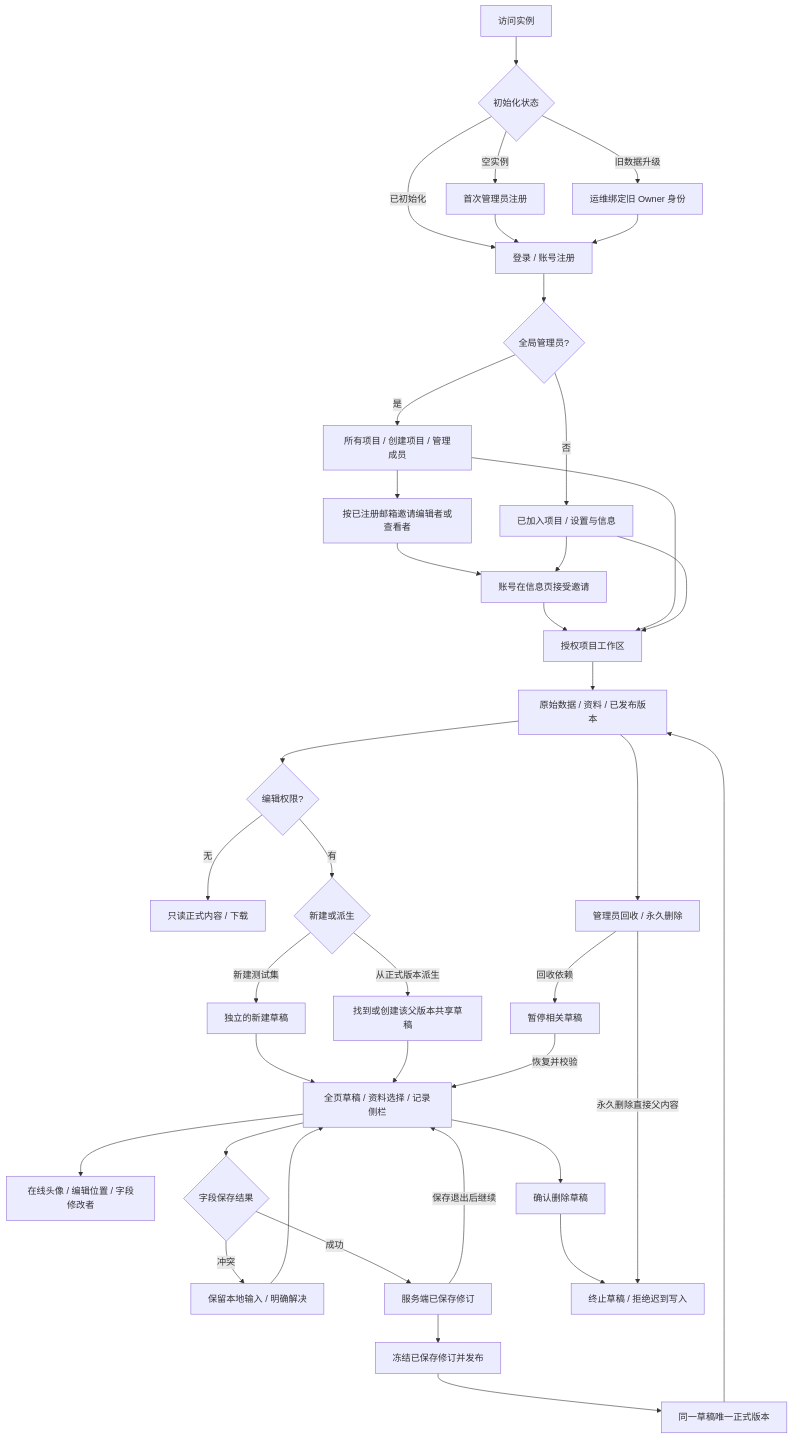
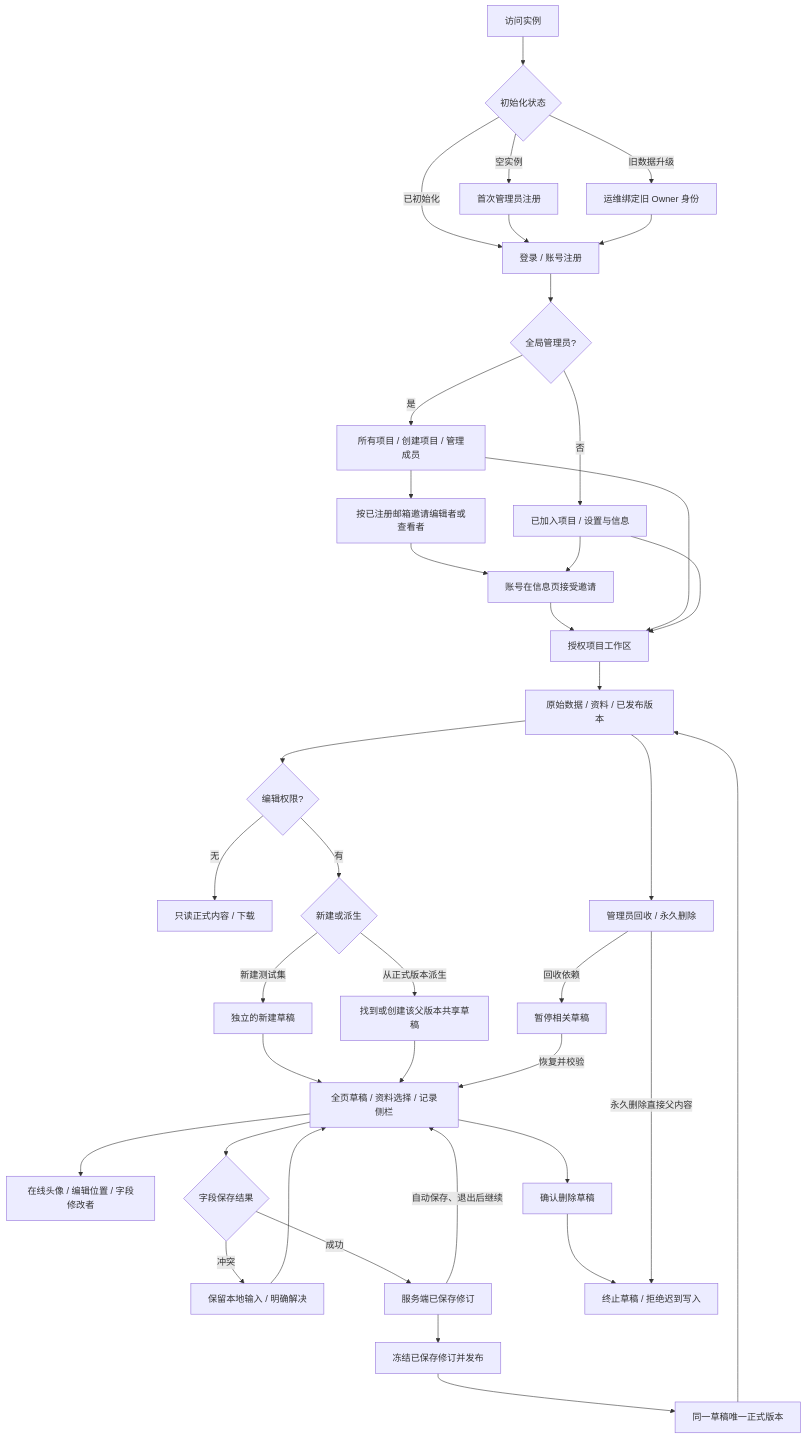
One commit to iflabx/evalbase changed the diagram in docs/system-flow-evalbase-v2.md. Above: the diagram before and after it, drawn with Mermaid. The commit also changed 15 other files, not shown here.

````diff
--- a/docs/system-flow-evalbase-v2.md
+++ b/docs/system-flow-evalbase-v2.md
@@ -5,41 +5,41 @@
 ```mermaid
 flowchart TD
   A[访问实例] --> B{初始化状态}
   B -->|空实例| C[首次管理员注册]
   B -->|旧数据升级| D[运维绑定旧 Owner 身份]
   B -->|已初始化| E[登录 / 账号注册]
   C --> E
   D --> E
   E --> F{全局管理员?}
   F -->|是| G[所有项目 / 创建项目 / 管理成员]
   F -->|否| H[已加入项目 / 设置与信息]
   G --> I[按已注册邮箱邀请编辑者或查看者]
   I --> J[账号在信息页接受邀请]
   H --> J
   J --> K[授权项目工作区]
   G --> K
   H --> K
   K --> L[原始数据 / 资料 / 已发布版本]
   L --> M{编辑权限?}
   M -->|无| N[只读正式内容 / 下载]
   M -->|有| O{新建或派生}
   O -->|新建测试集| P[独立的新建草稿]
   O -->|从正式版本派生| Q[找到或创建该父版本共享草稿]
   P --> R[全页草稿 / 资料选择 / 记录侧栏]
   Q --> R
   R --> S[在线头像 / 编辑位置 / 字段修改者]
   R --> T{字段保存结果}
   T -->|冲突| U[保留本地输入 / 明确解决]
   U --> R
   T -->|成功| V[服务端已保存修订]
-  V -->|保存退出后继续| R
+  V -->|自动保存、退出后继续| R
   V --> W[冻结已保存修订并发布]
   W --> X[同一草稿唯一正式版本]
   X --> L
   R --> Y[确认删除草稿]
   Y --> Z[终止草稿 / 拒绝迟到写入]
   L --> AA[管理员回收 / 永久删除]
   AA -->|回收依赖| AB[暂停相关草稿]
   AB -->|恢复并校验| R
   AA -->|永久删除直接父内容| Z
 ```
````
